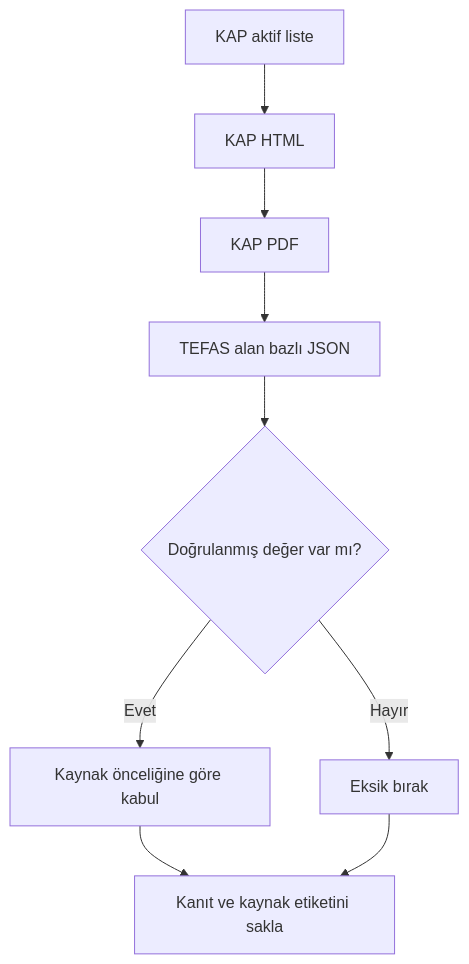
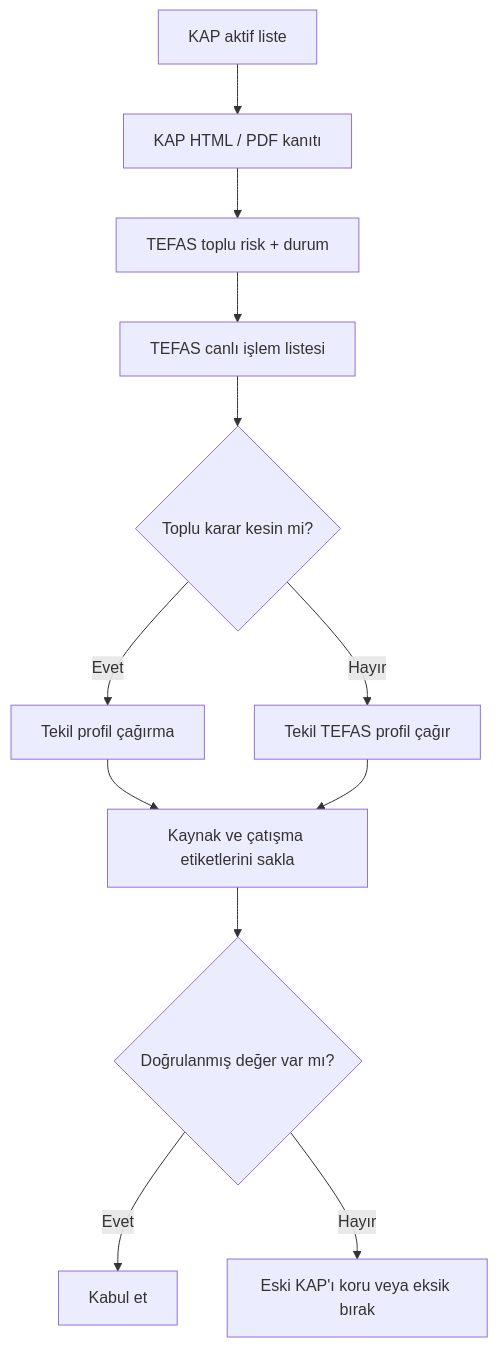
Before and after one commit to egemenkarabulut/PiyasaNabzi-KAP-YAT: the third of 18 diagrams in README.md, drawn with Mermaid. The commit also changed other lines of this file and 3 other files, not shown here.

````diff
--- a/README.md
+++ b/README.md
@@ -137,11 +143,14 @@
 ```mermaid
 flowchart TD
-    A["KAP aktif liste"] --> B["KAP HTML"]
-    B --> C["KAP PDF"]
-    C --> D["TEFAS alan bazlı JSON"]
-    D --> E{"Doğrulanmış değer var mı?"}
-    E -- "Evet" --> F["Kaynak önceliğine göre kabul"]
-    E -- "Hayır" --> G["Eksik bırak"]
-    F --> H["Kanıt ve kaynak etiketini sakla"]
+    A["KAP aktif liste"] --> B["KAP HTML / PDF kanıtı"]
+    B --> C["TEFAS toplu risk + durum"]
+    C --> D["TEFAS canlı işlem listesi"]
+    D --> E{"Toplu karar kesin mi?"}
+    E -- "Evet" --> F["Tekil profil çağırma"]
+    E -- "Hayır" --> G["Tekil TEFAS profil çağır"]
+    F --> H["Kaynak ve çatışma etiketlerini sakla"]
     G --> H
+    H --> I{"Doğrulanmış değer var mı?"}
+    I -- "Evet" --> J["Kabul et"]
+    I -- "Hayır" --> K["Eski KAP'ı koru veya eksik bırak"]
 ```
````
